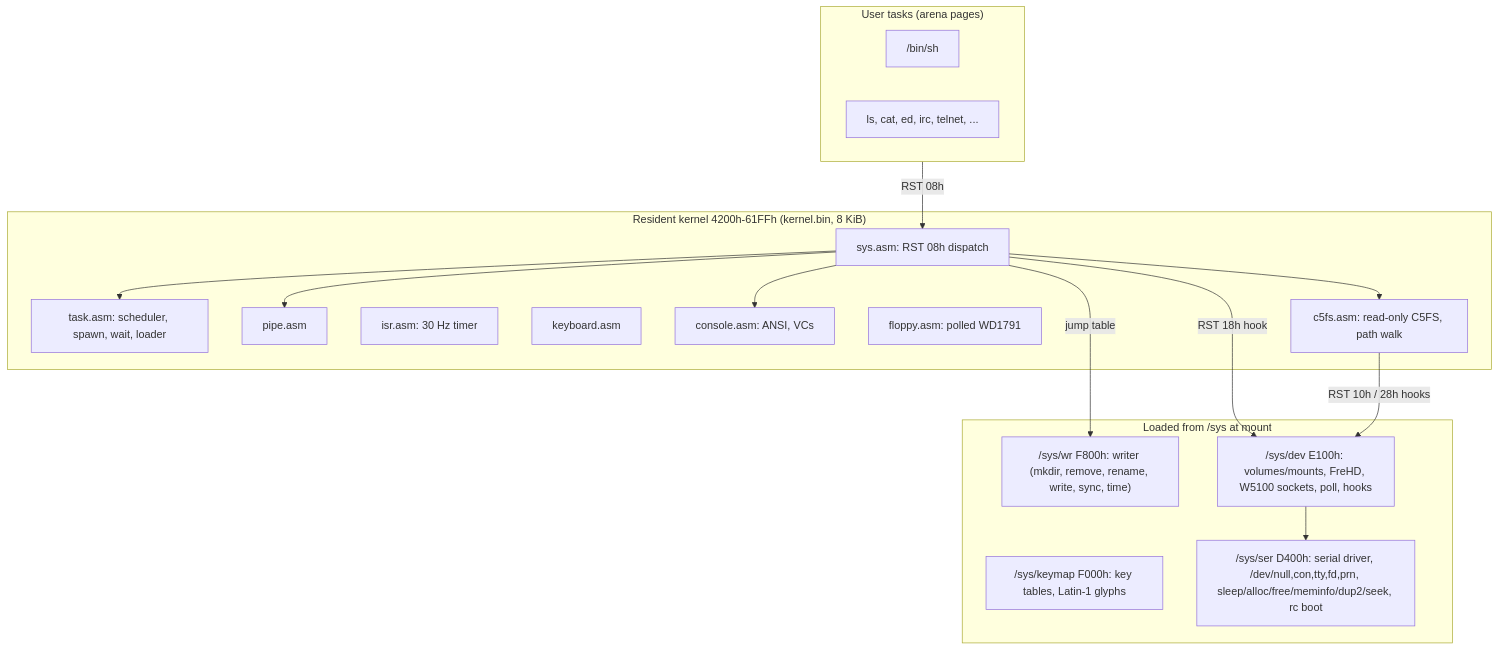
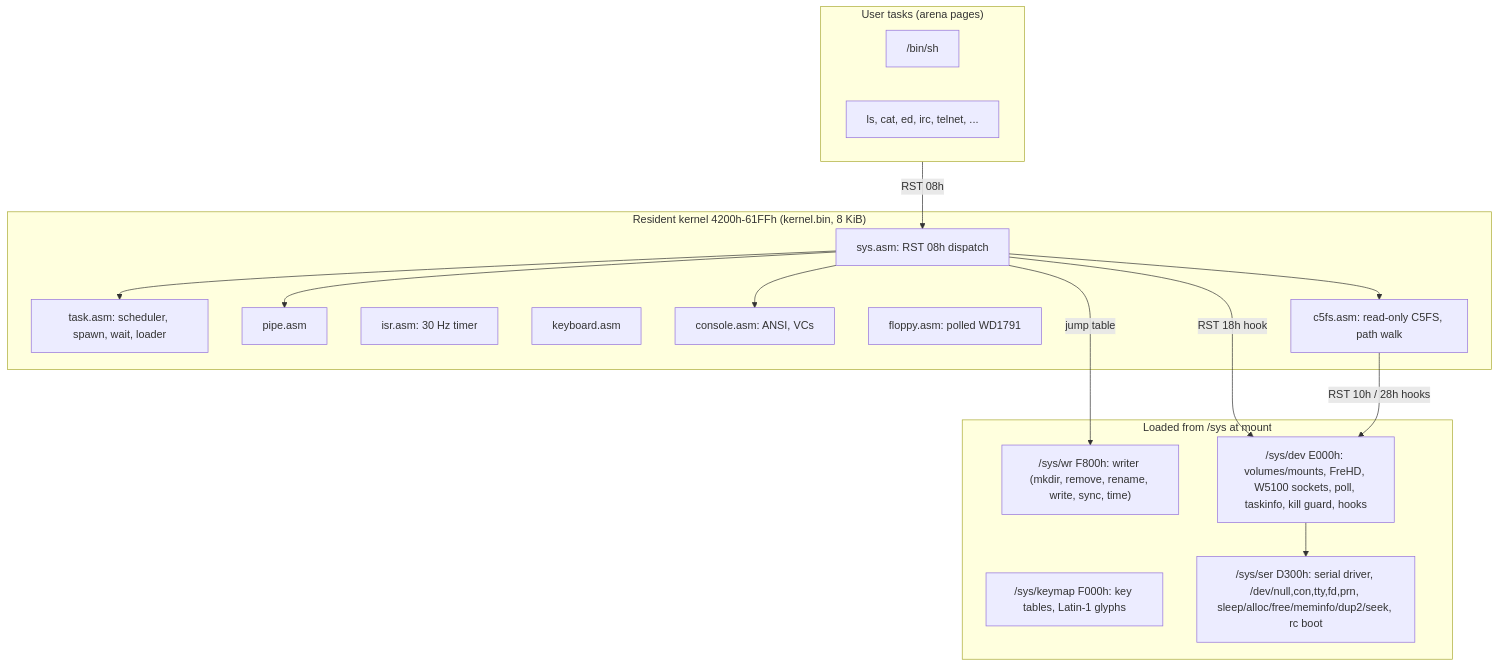
One commit to fredimachado/cp500-os changed the first of 2 diagrams in docs/guide.md. Above: the diagram before and after it, drawn with Mermaid. The commit also changed other lines of this file and 1 other file, not shown here.

First line of the commit message:
Document kill/ps, taskinfo and the new memory layout

````diff
--- a/docs/guide.md
+++ b/docs/guide.md
@@ -89,29 +89,29 @@
 ```mermaid
 flowchart TB
     subgraph User["User tasks (arena pages)"]
         sh["/bin/sh"]
         apps["ls, cat, ed, irc, telnet, ..."]
     end
     subgraph Kernel["Resident kernel 4200h-61FFh (kernel.bin, 8 KiB)"]
         sys["sys.asm: RST 08h dispatch"]
         task["task.asm: scheduler, spawn, wait, loader"]
         pipe["pipe.asm"]
         isr["isr.asm: 30 Hz timer"]
         kbd["keyboard.asm"]
         con["console.asm: ANSI, VCs"]
         fdc["floppy.asm: polled WD1791"]
         c5fs["c5fs.asm: read-only C5FS, path walk"]
     end
     subgraph Loaded["Loaded from /sys at mount"]
         wr["/sys/wr F800h: writer (mkdir, remove, rename, write, sync, time)"]
         km["/sys/keymap F000h: key tables, Latin-1 glyphs"]
-        dev["/sys/dev E100h: volumes/mounts, FreHD, W5100 sockets, poll, hooks"]
-        ser["/sys/ser D400h: serial driver, /dev/null,con,tty,fd,prn, sleep/alloc/free/meminfo/dup2/seek, rc boot"]
+        dev["/sys/dev E000h: volumes/mounts, FreHD, W5100 sockets, poll, taskinfo, kill guard, hooks"]
+        ser["/sys/ser D300h: serial driver, /dev/null,con,tty,fd,prn, sleep/alloc/free/meminfo/dup2/seek, rc boot"]
     end
     User -- "RST 08h" --> sys
     sys --> task & pipe & c5fs & con
     sys -- "RST 18h hook" --> dev
     c5fs -- "RST 10h / 28h hooks" --> dev
     dev --> ser
     sys -- "jump table" --> wr
 ```
````
